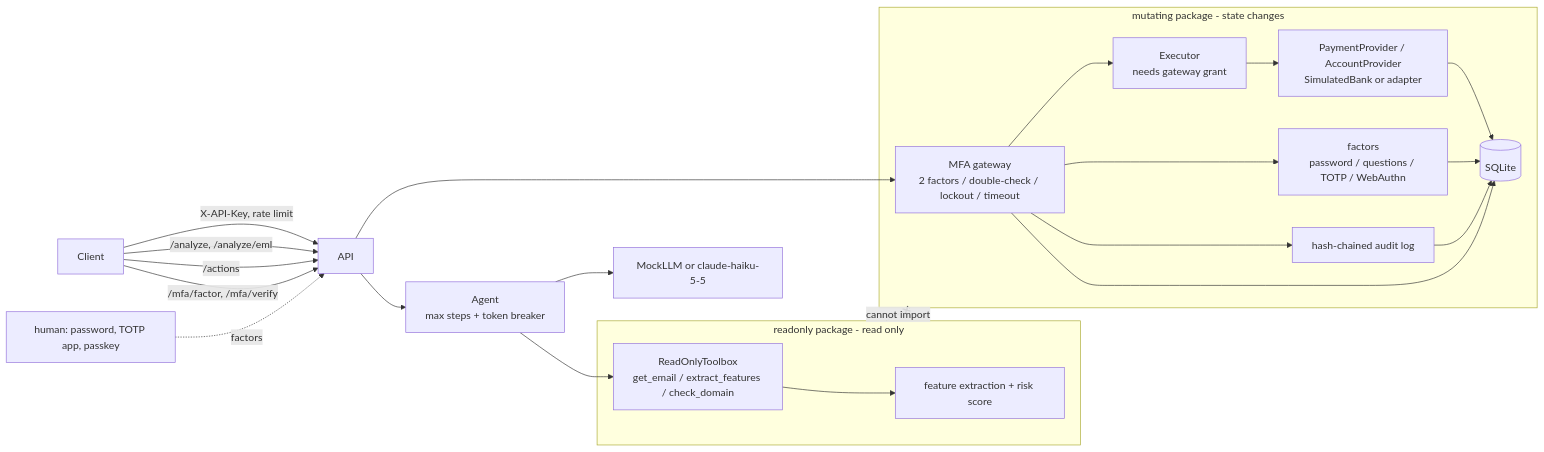
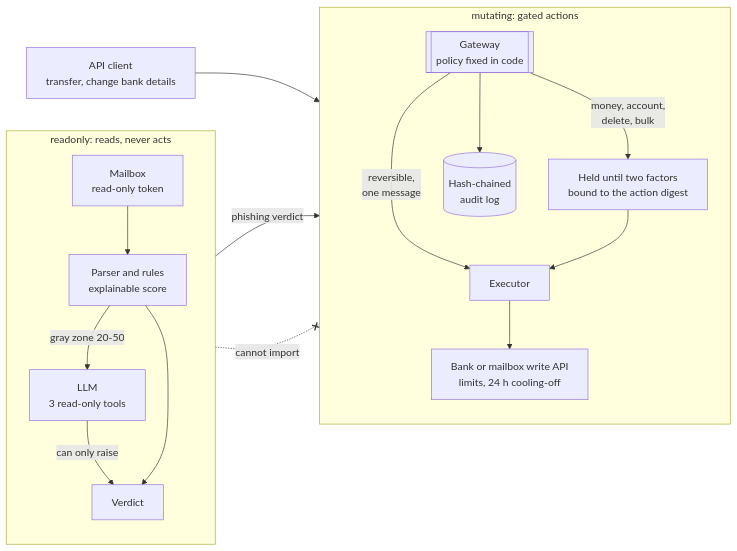
The diagram in README.md (King-Dunk/phishguard), drawn with Mermaid before and after one commit. The commit also changed other lines of this file and 8 other files, not shown here.

````diff
--- a/README.md
+++ b/README.md
@@ -35,28 +27,22 @@
 ```mermaid
 flowchart LR
-    Client -->|X-API-Key, rate limit| API
-    Client -->|/analyze, /analyze/eml| API
-    Client -->|/actions| API
-    Client -->|/mfa/factor, /mfa/verify| API
-    subgraph RO[readonly package - read only]
-        TB[ReadOnlyToolbox<br/>get_email / extract_features / check_domain]
-        F[feature extraction + risk score]
+    subgraph RO["readonly: reads, never acts"]
+        direction TB
+        MB["Mailbox<br/>read-only token"] --> RU["Parser and rules<br/>explainable score"]
+        RU -- "gray zone 20-50" --> LLM["LLM<br/>3 read-only tools"]
+        LLM -- "can only raise" --> V["Verdict"]
+        RU --> V
     end
-    subgraph MU[mutating package - state changes]
-        GW[MFA gateway<br/>2 factors / double-check / lockout / timeout]
-        FA[factors<br/>password / questions / TOTP / WebAuthn]
-        EX[Executor<br/>needs gateway grant]
-        PP[PaymentProvider / AccountProvider<br/>SimulatedBank or adapter]
-        AU[hash-chained audit log]
-        DB[(SQLite)]
+    subgraph MU["mutating: gated actions"]
+        direction TB
+        GW[["Gateway<br/>policy fixed in code"]]
+        GW -- "reversible,<br/>one message" --> EX["Executor"]
+        GW -- "money, account,<br/>delete, bulk" --> MFA["Held until two factors<br/>bound to the action digest"]
+        MFA --> EX
+        EX --> BK["Bank or mailbox write API<br/>limits, 24 h cooling-off"]
+        GW --> AU[("Hash-chained<br/>audit log")]
     end
-    API --> AG[Agent<br/>max steps + token breaker]
-    AG --> LLM[MockLLM or claude-haiku-5-5]
-    AG --> TB --> F
-    API --> GW --> EX --> PP --> DB
-    GW --> FA --> DB
-    GW --> AU --> DB
-    GW --> DB
-    User[human: password, TOTP app, passkey] -.factors.-> API
-    RO -. cannot import .-x MU
+    REQ["API client<br/>transfer, change bank details"] --> MU
+    RO -- "phishing verdict" --> MU
+    RO -. "cannot import" .-x MU
 ```
````
